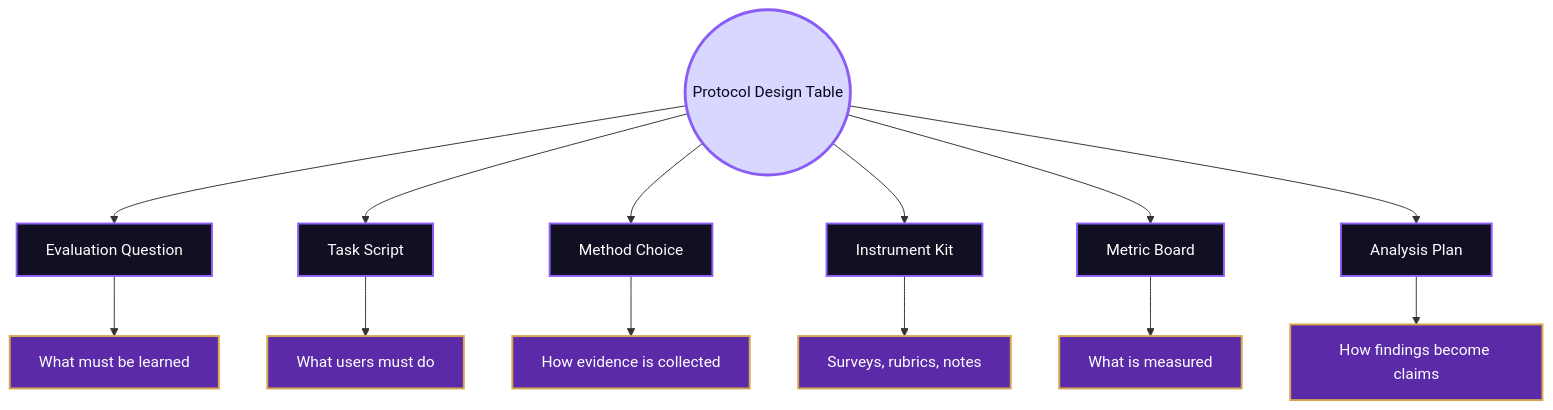
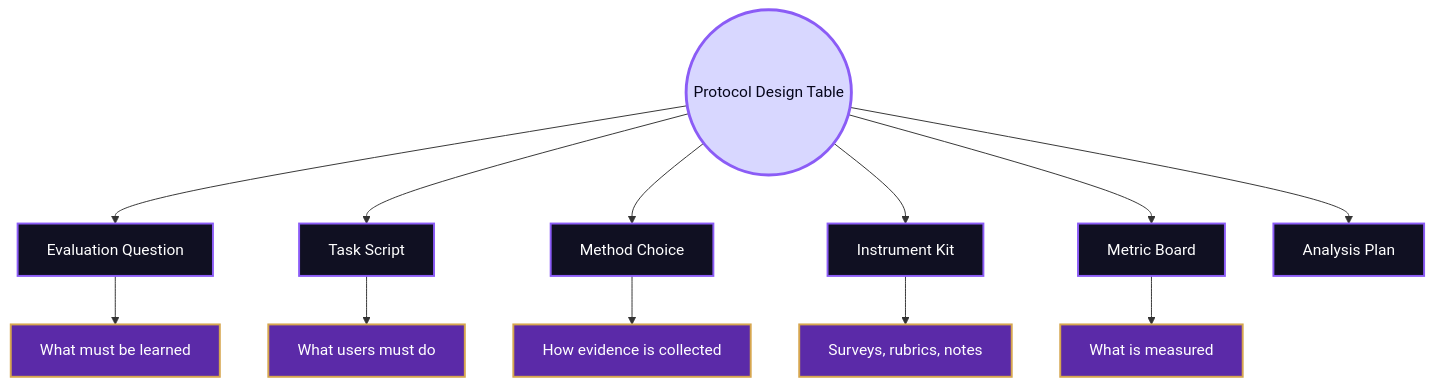
One commit to andreitegzes06-ui/CogniShire changed the first of 14 diagrams in 01_Core_Area_HCI/001_Subareas/03_Evaluating_the_Design/Activities/Design.md. Above: the diagram before and after it, drawn with Mermaid. The commit also changed other lines of this file and 131 other files, not shown here.

````diff
--- a/01_Core_Area_HCI/001_Subareas/03_Evaluating_the_Design/Activities/Design.md
+++ b/01_Core_Area_HCI/001_Subareas/03_Evaluating_the_Design/Activities/Design.md
@@ -42,26 +41,25 @@
 ```mermaid
 flowchart TB
     A((Protocol Design Table))
 
     A --> B[Evaluation Question]
     A --> C[Task Script]
     A --> D[Method Choice]
     A --> E[Instrument Kit]
     A --> F[Metric Board]
     A --> G[Analysis Plan]
 
     B --> B1[What must be learned]
     C --> C1[What users must do]
     D --> D1[How evidence is collected]
     E --> E1[Surveys, rubrics, notes]
     F --> F1[What is measured]
-    G --> G1[How findings become claims]
 
     classDef center fill:#d8d7ff,stroke:#8b5cf6,color:#05051a,stroke-width:3px;
     classDef station fill:#101022,stroke:#8b5cf6,color:#ffffff,stroke-width:2px;
     classDef detail fill:#5b2aa8,stroke:#d6a64f,color:#ffffff,stroke-width:2px;
 
     class A center;
     class B,C,D,E,F,G station;
     class B1,C1,D1,E1,F1,G1 detail;
 ```
````
